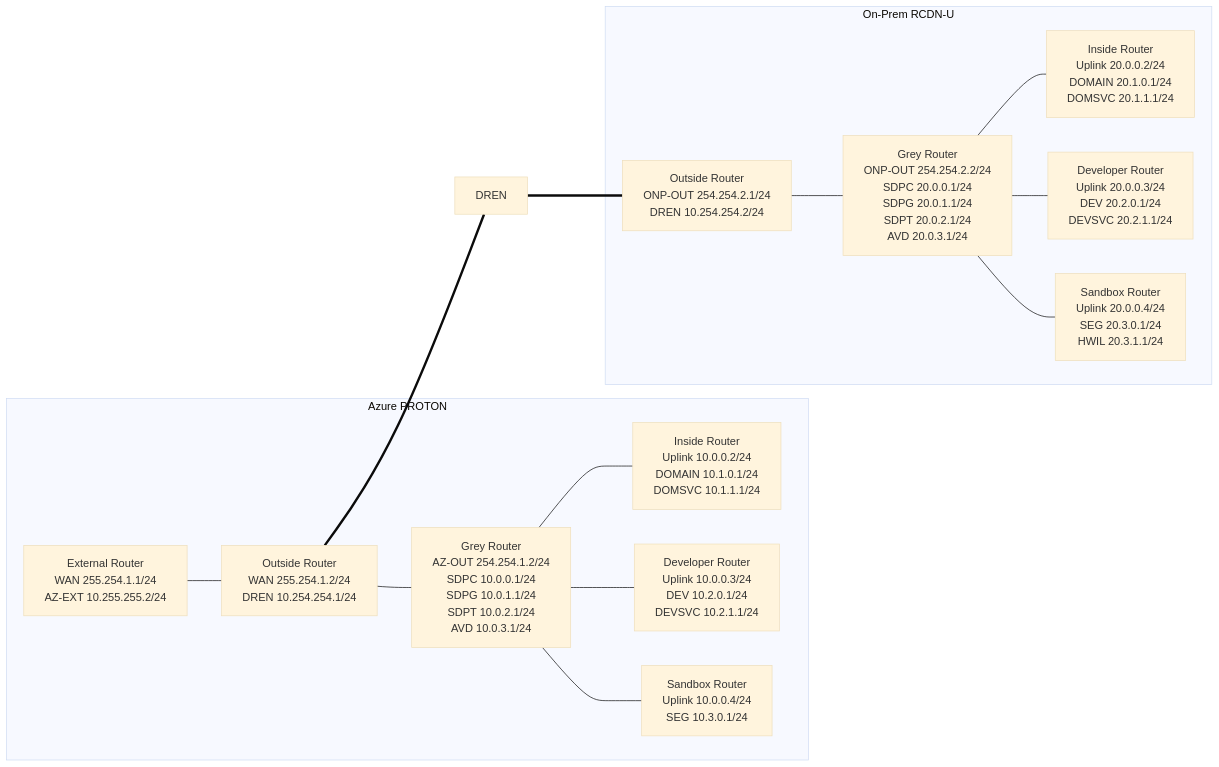
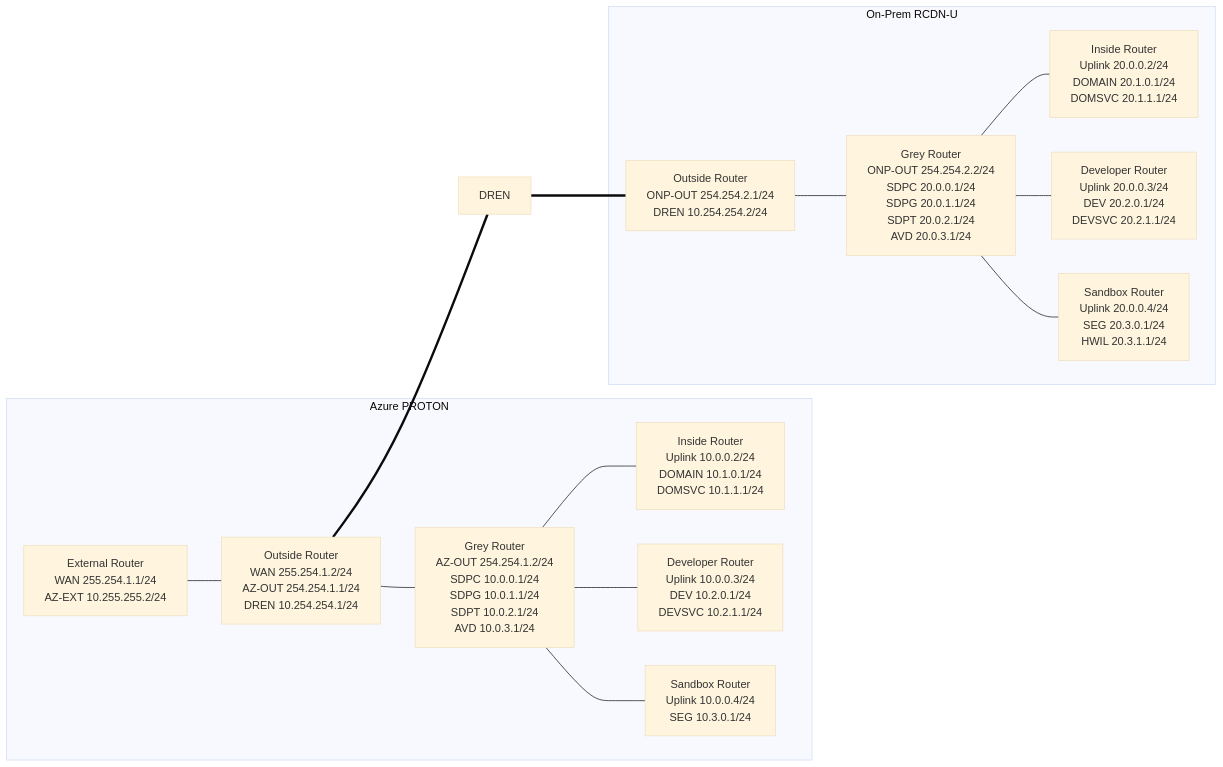
The diagram in diagrams/topology.mmd (cantrellr/vyos-appgate-dren-lab), drawn with Mermaid (base theme) before and after one commit. The commit also changed 39 other files, not shown here.

```diff
--- a/diagrams/topology.mmd
+++ b/diagrams/topology.mmd
@@ -1,30 +1,30 @@
 flowchart LR
   subgraph AZ[Azure PROTON]
     EXT[External Router\nWAN 255.254.1.1/24\nAZ-EXT 10.255.255.2/24]
-    OUT[Outside Router\nWAN 255.254.1.2/24\nDREN 10.254.254.1/24]
+    OUT[Outside Router\nWAN 255.254.1.2/24\nAZ-OUT 254.254.1.1/24\nDREN 10.254.254.1/24]
     GREY[Grey Router\nAZ-OUT 254.254.1.2/24\nSDPC 10.0.0.1/24\nSDPG 10.0.1.1/24\nSDPT 10.0.2.1/24\nAVD  10.0.3.1/24]
     INS[Inside Router\nUplink 10.0.0.2/24\nDOMAIN 10.1.0.1/24\nDOMSVC 10.1.1.1/24]
     DEV[Developer Router\nUplink 10.0.0.3/24\nDEV 10.2.0.1/24\nDEVSVC 10.2.1.1/24]
     SBX[Sandbox Router\nUplink 10.0.0.4/24\nSEG 10.3.0.1/24]
 
     EXT --- OUT
     OUT --- GREY
     GREY --- INS
     GREY --- DEV
     GREY --- SBX
   end
 
   subgraph ONP[On-Prem RCDN-U]
     OUT2[Outside Router\nONP-OUT 254.254.2.1/24\nDREN 10.254.254.2/24]
     GREY2[Grey Router\nONP-OUT 254.254.2.2/24\nSDPC 20.0.0.1/24\nSDPG 20.0.1.1/24\nSDPT 20.0.2.1/24\nAVD  20.0.3.1/24]
     INS2[Inside Router\nUplink 20.0.0.2/24\nDOMAIN 20.1.0.1/24\nDOMSVC 20.1.1.1/24]
     DEV2[Developer Router\nUplink 20.0.0.3/24\nDEV 20.2.0.1/24\nDEVSVC 20.2.1.1/24]
     SBX2[Sandbox Router\nUplink 20.0.0.4/24\nSEG 20.3.0.1/24\nHWIL 20.3.1.1/24]
 
     OUT2 --- GREY2
     GREY2 --- INS2
     GREY2 --- DEV2
     GREY2 --- SBX2
   end
 
   OUT === DREN === OUT2
```
